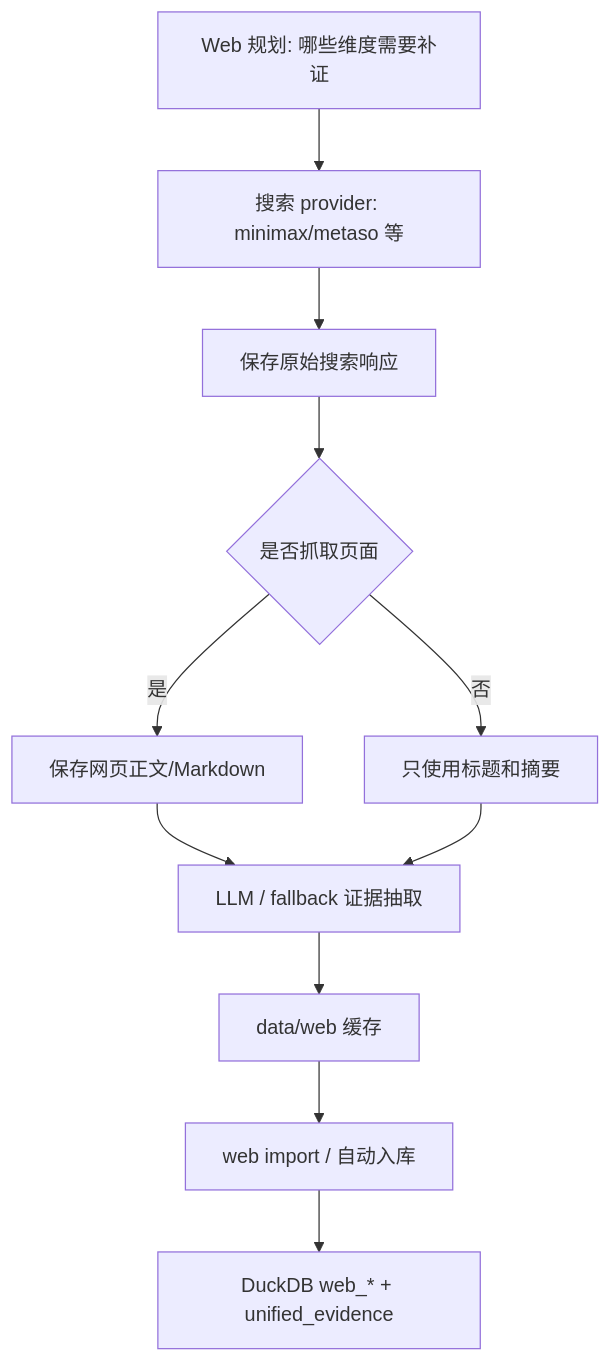
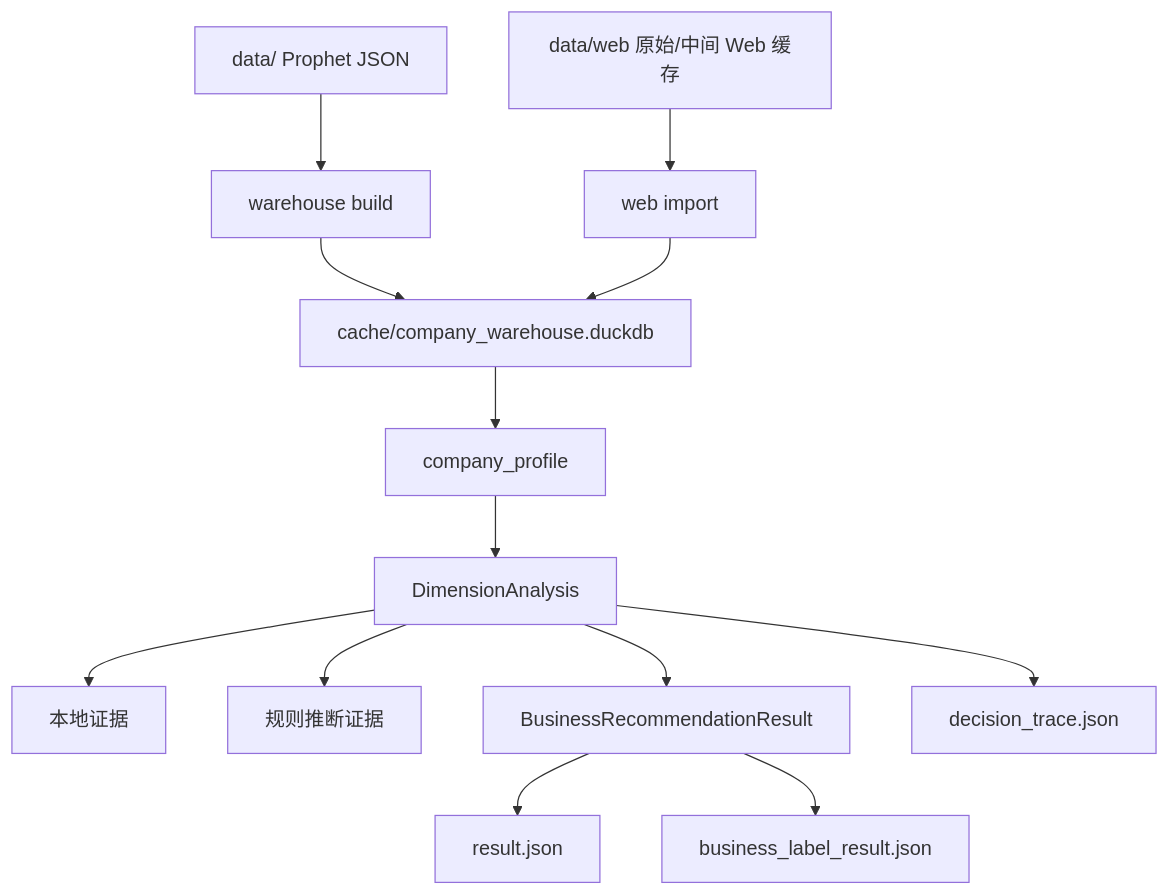
Before and after one commit to leeing/xft-dd: the third of 4 diagrams in docs/ARCHITECTURE.md, drawn with Mermaid. The commit also changed other lines of this file and 42 other files, not shown here.

````diff
--- a/docs/ARCHITECTURE.md
+++ b/docs/ARCHITECTURE.md
@@ -249,13 +56,15 @@
 ```mermaid
 flowchart TB
-    plan["Web 规划: 哪些维度需要补证"] --> search["搜索 provider: minimax/metaso 等"]
-    search --> raw["保存原始搜索响应"]
-    raw --> fetch{"是否抓取页面"}
-    fetch -->|是| pages["保存网页正文/Markdown"]
-    fetch -->|否| snippets["只使用标题和摘要"]
-    pages --> extract["LLM / fallback 证据抽取"]
-    snippets --> extract
-    extract --> cache["data/web 缓存"]
-    cache --> import["web import / 自动入库"]
-    import --> duck["DuckDB web_* + unified_evidence"]
+    raw["data/ Prophet JSON"] --> etl["warehouse build"]
+    etl --> duck["cache/company_warehouse.duckdb"]
+    duck --> profile["company_profile"]
+    profile --> dim["DimensionAnalysis"]
+    dim --> local["本地证据"]
+    dim --> infer["规则推断证据"]
+    webraw["data/web 原始/中间 Web 缓存"] --> webetl["web import"]
+    webetl --> duck
+    dim --> biz["BusinessRecommendationResult"]
+    biz --> result["result.json"]
+    biz --> detail["business_label_result.json"]
+    dim --> trace["decision_trace.json"]
 ```
````
